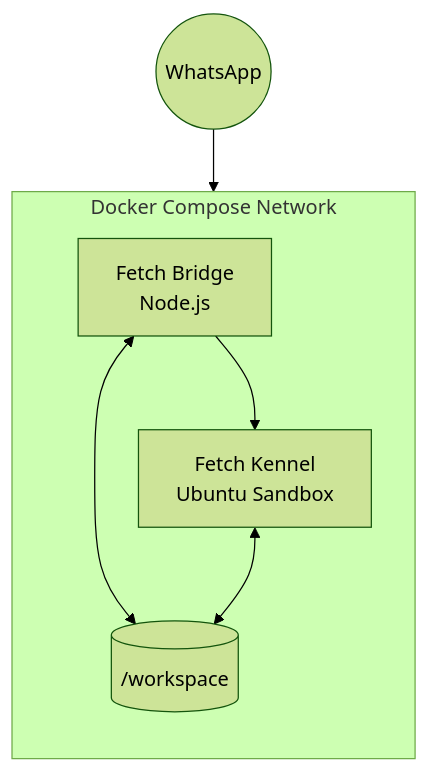
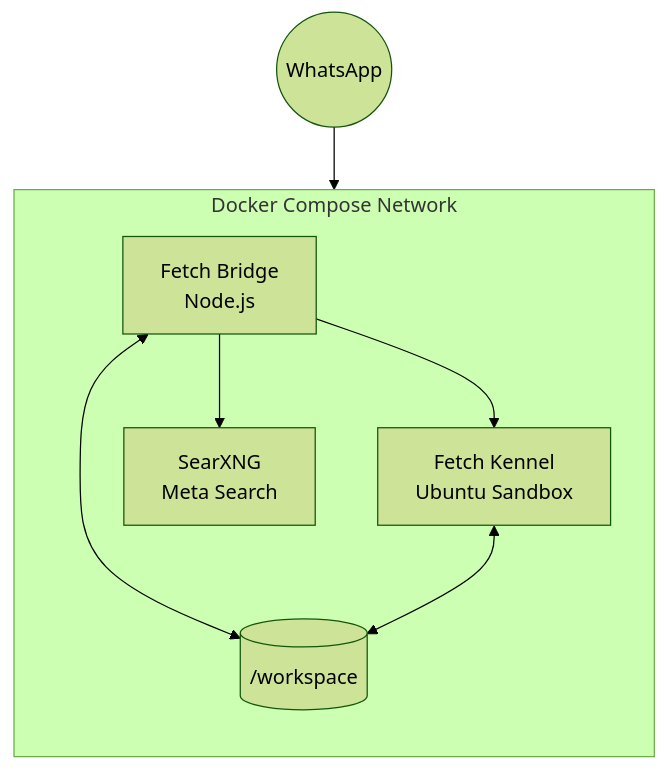
Before and after one commit to Traves-Theberge/Fetch: the first of 3 diagrams in docs/markdown/ARCHITECTURE.md, drawn with Mermaid (forest theme). The commit also changed other lines of this file and 19 other files, not shown here.

````diff
--- a/docs/markdown/ARCHITECTURE.md
+++ b/docs/markdown/ARCHITECTURE.md
@@ -5,15 +5,17 @@
 ```mermaid
 flowchart TB
     WhatsApp((WhatsApp)) --> Bridge[Fetch Bridge<br/>Node.js]
     Bridge --> Kennel[Fetch Kennel<br/>Ubuntu Sandbox]
+    Bridge --> SearXNG[SearXNG<br/>Meta Search]
     Bridge <--> Workspace[("/workspace")]
     Kennel <--> Workspace
 
     subgraph Docker [Docker Compose Network]
         direction TB
         Bridge
         Kennel
+        SearXNG
         Workspace
     end
 
 ```
````
